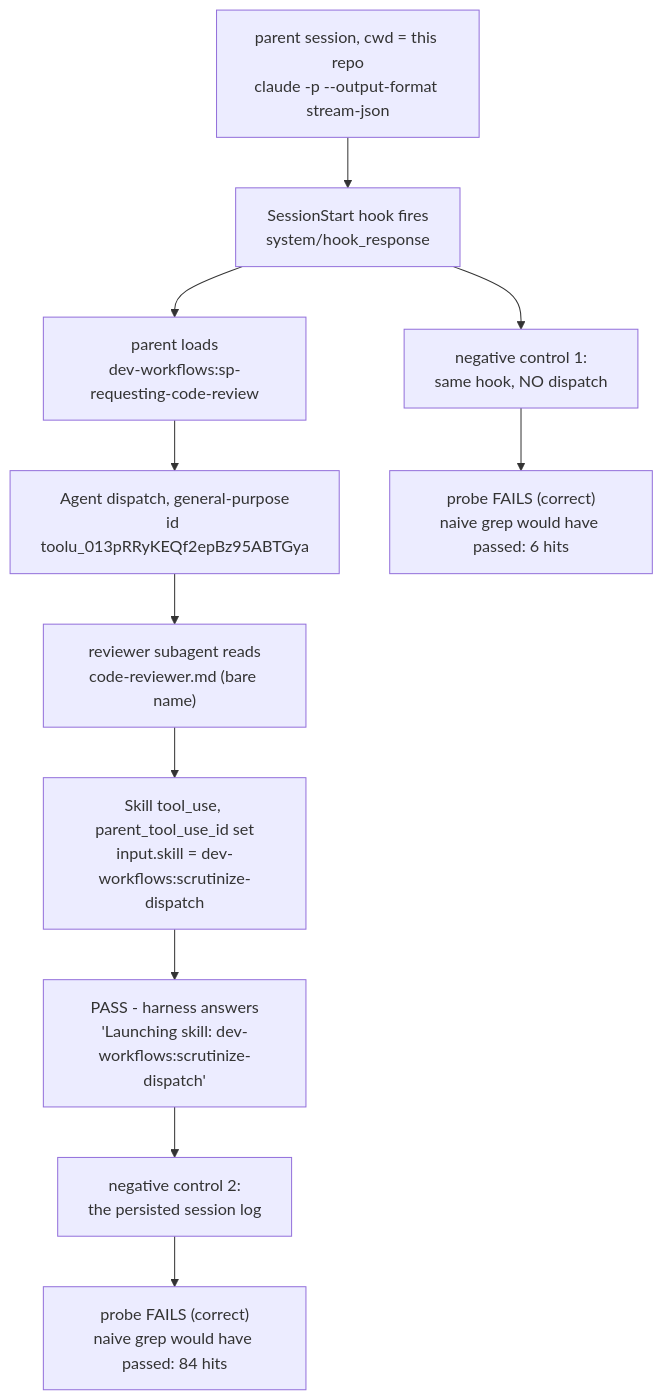
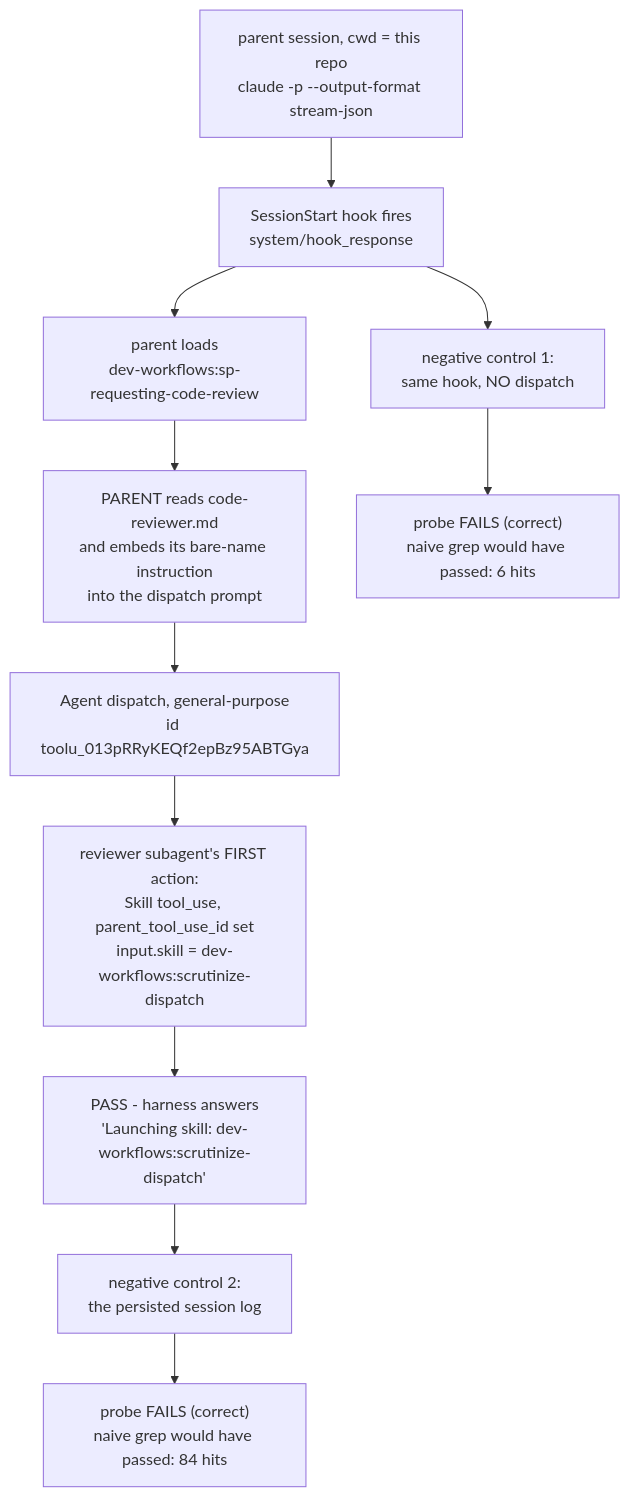
One commit to ThodsaphonSonthiphin/workflow-daily-work changed the diagram in docs/superpowers/plans/2026-08-16-acceptance-probe-result.md. Above: the diagram before and after it, drawn with Mermaid. The commit also changed other lines of this file and 14 other files, not shown here.

Commit message:
fix(dev-workflows): apply rewrite class 4 to bare skill names, correct the routed-set record

````diff
--- a/docs/superpowers/plans/2026-08-16-acceptance-probe-result.md
+++ b/docs/superpowers/plans/2026-08-16-acceptance-probe-result.md
@@ -13,11 +7,11 @@
 ```mermaid
 flowchart TD
     P["parent session, cwd = this repo<br/>claude -p --output-format stream-json"] --> H["SessionStart hook fires<br/>system/hook_response"]
     H --> S1["parent loads<br/>dev-workflows:sp-requesting-code-review"]
-    S1 --> D["Agent dispatch, general-purpose<br/>id toolu_013pRRyKEQf2epBz95ABTGya"]
-    D --> R["reviewer subagent reads<br/>code-reviewer.md (bare name)"]
-    R --> K["Skill tool_use, parent_tool_use_id set<br/>input.skill = dev-workflows:scrutinize-dispatch"]
+    S1 --> RD["PARENT reads code-reviewer.md<br/>and embeds its bare-name instruction<br/>into the dispatch prompt"]
+    RD --> D["Agent dispatch, general-purpose<br/>id toolu_013pRRyKEQf2epBz95ABTGya"]
+    D --> K["reviewer subagent's FIRST action:<br/>Skill tool_use, parent_tool_use_id set<br/>input.skill = dev-workflows:scrutinize-dispatch"]
     K --> V["PASS - harness answers<br/>'Launching skill: dev-workflows:scrutinize-dispatch'"]
     H --> N1["negative control 1:<br/>same hook, NO dispatch"] --> F1["probe FAILS (correct)<br/>naive grep would have passed: 6 hits"]
     V --> N2["negative control 2:<br/>the persisted session log"] --> F2["probe FAILS (correct)<br/>naive grep would have passed: 84 hits"]
 ```
````
